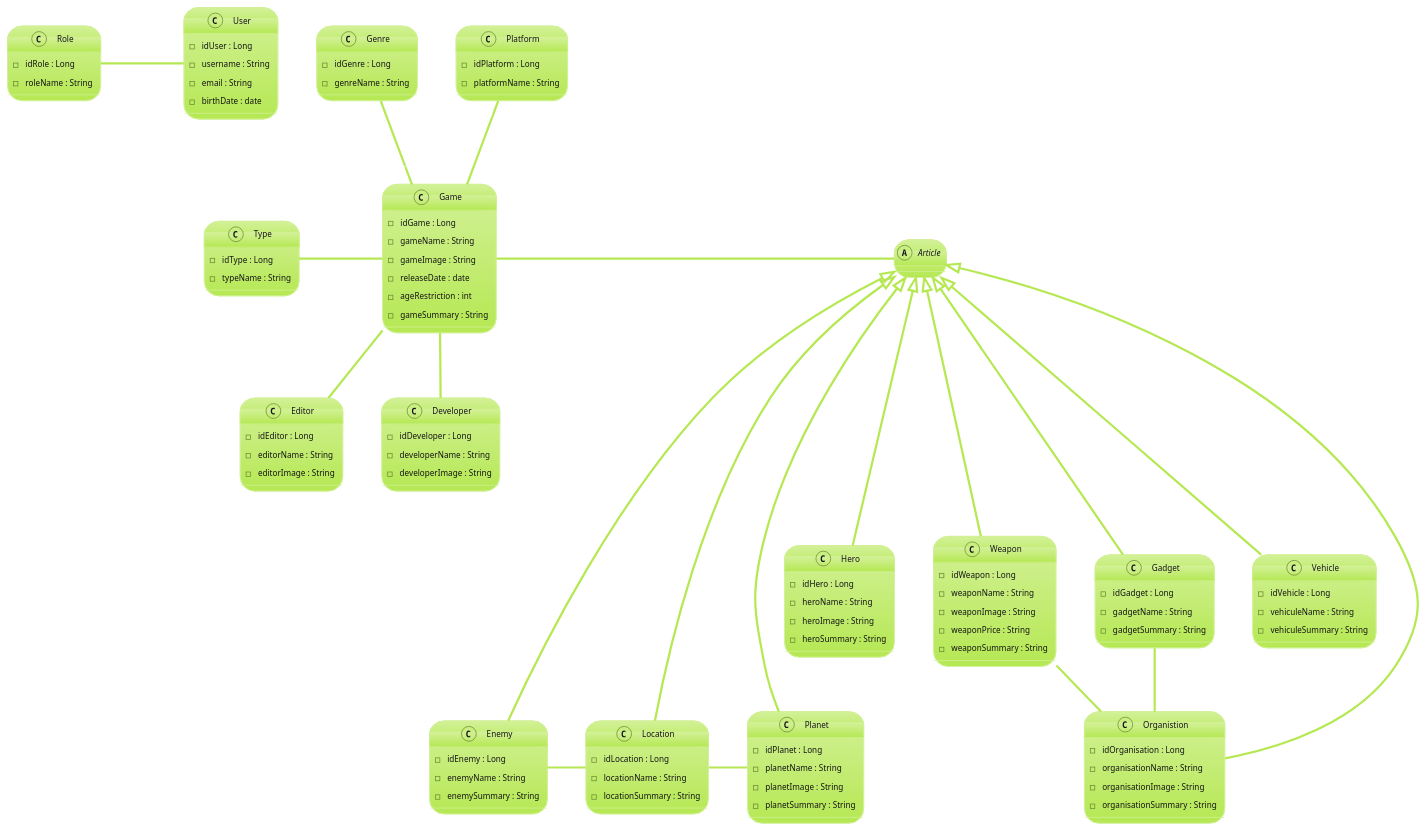
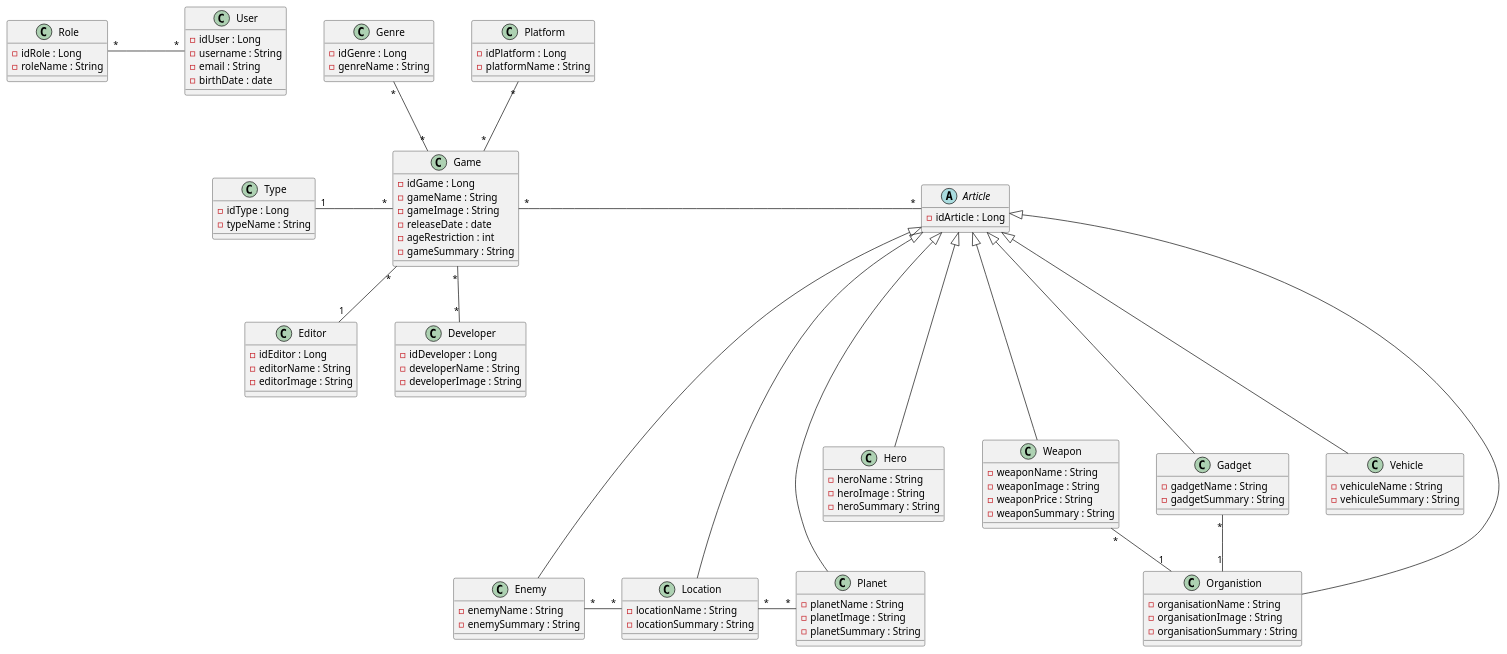
One commit to GreenHawk-99/ClankArchive changed the diagram in src/doc/ClassDiagram.plantuml. Above: the diagram before and after it, drawn with PlantUML. The commit also changed 14 other files, not shown here.

```diff
--- a/src/doc/ClassDiagram.plantuml
+++ b/src/doc/ClassDiagram.plantuml
@@ -1,128 +1,132 @@
 @startuml
-!theme hacker
+'!theme hacker
 
 'Class Diagram - Class
 class User {
 -idUser : Long
 -username : String
 -email : String
 -birthDate : date
 }
 class Role {
 -idRole : Long
 -roleName : String
 }
 'class Review{
 '-idReview : Long
 '-like : boolean
 '-review : String
 '}
 class Game {
 -idGame : Long
 -gameName : String
 -gameImage : String
 -releaseDate : date
 -ageRestriction : int
 -gameSummary : String
 }
-abstract class Article {
-}
-class Hero {
--idHero : Long
--heroName : String
--heroImage : String
--heroSummary : String
-}
-class Weapon {
--idWeapon : Long
--weaponName : String
--weaponImage : String
--weaponPrice : String
--weaponSummary : String
-}
-class Gadget {
--idGadget : Long
--gadgetName : String
--gadgetSummary : String
-}
-class Enemy {
--idEnemy : Long
--enemyName : String
--enemySummary : String
-}
-class Vehicle {
--idVehicle : Long
--vehiculeName : String
--vehiculeSummary : String
-}
-class Organistion {
--idOrganisation : Long
--organisationName : String
--organisationImage : String
--organisationSummary : String
-}
-class Location {
--idLocation : Long
--locationName : String
--locationSummary : String
-}
-class Planet {
--idPlanet : Long
--planetName : String
--planetImage : String
--planetSummary : String
-}
 class Genre {
 -idGenre : Long
 -genreName : String
 }
 class Platform {
 -idPlatform : Long
 -platformName : String
 }
 class Editor {
 -idEditor : Long
 -editorName : String
 -editorImage : String
 }
 class Developer {
 -idDeveloper : Long
 -developerName : String
 -developerImage : String
 }
 class Type {
 -idType : Long
 -typeName : String
+}
+
+'-------------------
+
+abstract class Article {
+-idArticle : Long
+}
+class Hero {
+'-idHero : Long
+-heroName : String
+-heroImage : String
+-heroSummary : String
+}
+class Weapon {
+'-idWeapon : Long
+-weaponName : String
+-weaponImage : String
+-weaponPrice : String
+-weaponSummary : String
+}
+class Gadget {
+'-idGadget : Long
+-gadgetName : String
+-gadgetSummary : String
+}
+class Enemy {
+'-idEnemy : Long
+-enemyName : String
+-enemySummary : String
+}
+class Vehicle {
+'-idVehicle : Long
+-vehiculeName : String
+-vehiculeSummary : String
+}
+class Organistion {
+'-idOrganisation : Long
+-organisationName : String
+-organisationImage : String
+-organisationSummary : String
+}
+class Location {
+'-idLocation : Long
+-locationName : String
+-locationSummary : String
+}
+class Planet {
+'-idPlanet : Long
+-planetName : String
+-planetImage : String
+-planetSummary : String
 }
 
 'Class Diagram - Relation
 skinparam groupInheritance 1
 
 Role "*" - "*" User :"\t\t"
 'User - Review
 
 Game "*" - "*" Article :"\t\t\t\t\t\t\t\t\t\t\t\t\t\t\t\t\t\t\t"
 
 Article <|--- Hero
 Article <|--- Weapon
 Article <|--- Gadget
 Article <|---- Enemy
 Article <|--- Vehicle
 Article <|--- Organistion
 Article <|---- Location
 Article <|---- Planet
 
 Weapon "*" -- "1" Organistion
 Gadget "*" -- "1" Organistion
 
 Enemy "*" - "*" Location
 Location "*" - "*" Planet
 
 Platform "*" -- "*" Game :"\t\t"
 Genre "*" -- "*" Game :"\t\t"
 Game "*" -- "1" Editor :"\t\t"
 Game "*" -- "*" Developer :"\t\t"
 Type "1" - "*" Game :"\t\t"
 
 'hide circle
 @enduml
```
